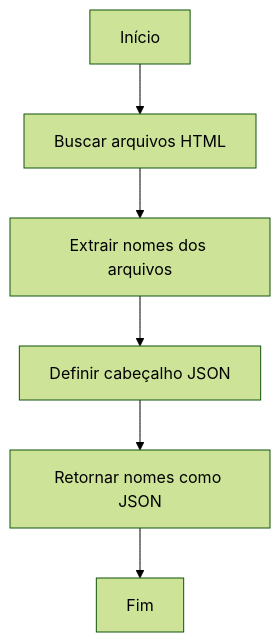
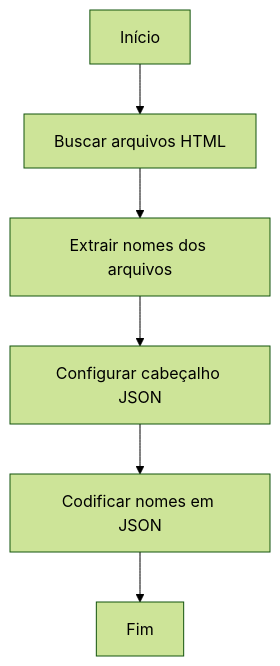
Before and after one commit to Dotter-Brasil/modelo-ci-cd-versionamento: the first of 3 diagrams in documentacao/documentacao_bruta_lista_html.php.md, drawn with Mermaid (forest theme). The commit also changed other lines of this file and 11 other files, not shown here.

````diff
--- a/documentacao/documentacao_bruta_lista_html.php.md
+++ b/documentacao/documentacao_bruta_lista_html.php.md
@@ -55,8 +52,8 @@
 ```mermaid
 flowchart TD
     A[Início] --> B[Buscar arquivos HTML]
     B --> C[Extrair nomes dos arquivos]
-    C --> D[Definir cabeçalho JSON]
-    D --> E[Retornar nomes como JSON]
+    C --> D[Configurar cabeçalho JSON]
+    D --> E[Codificar nomes em JSON]
     E --> F[Fim]
 ```
````
